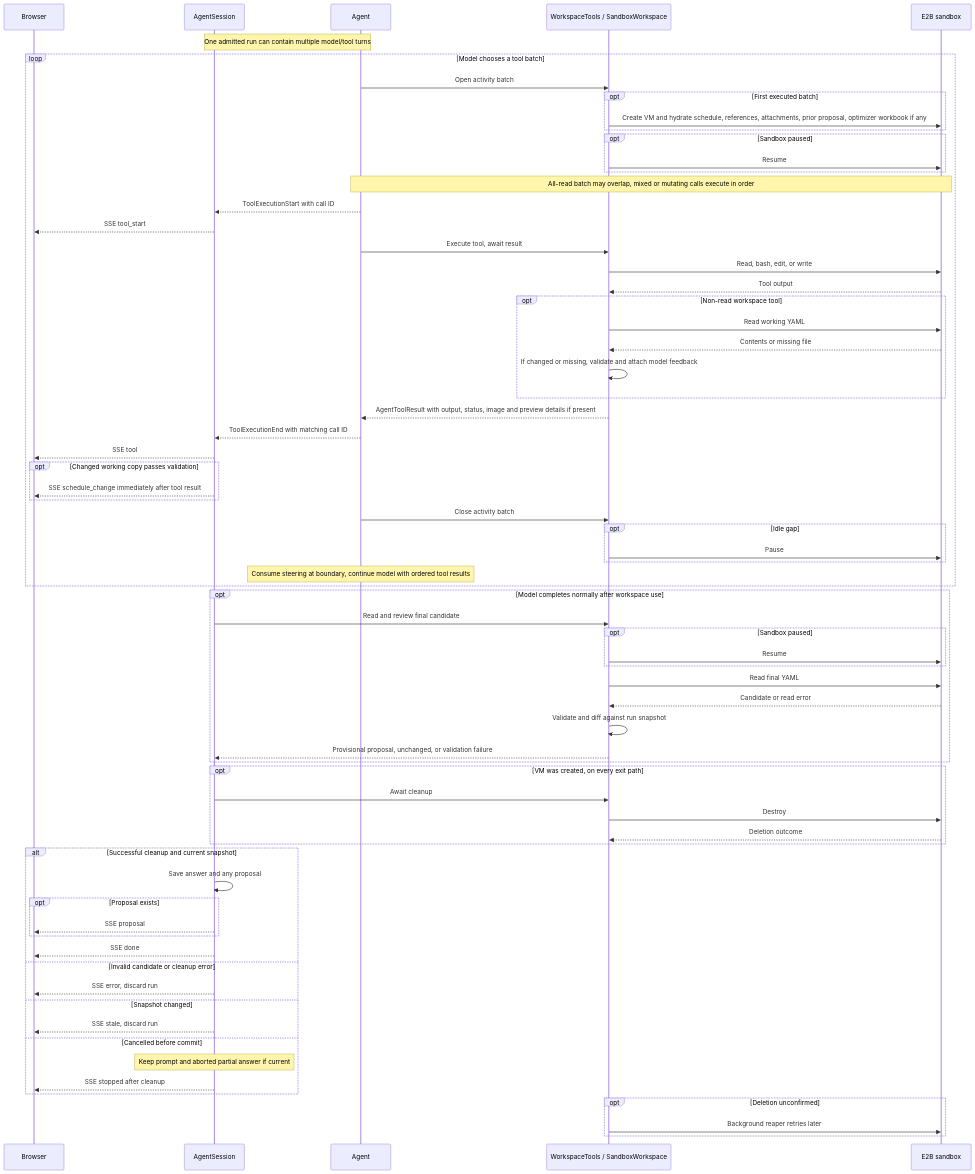
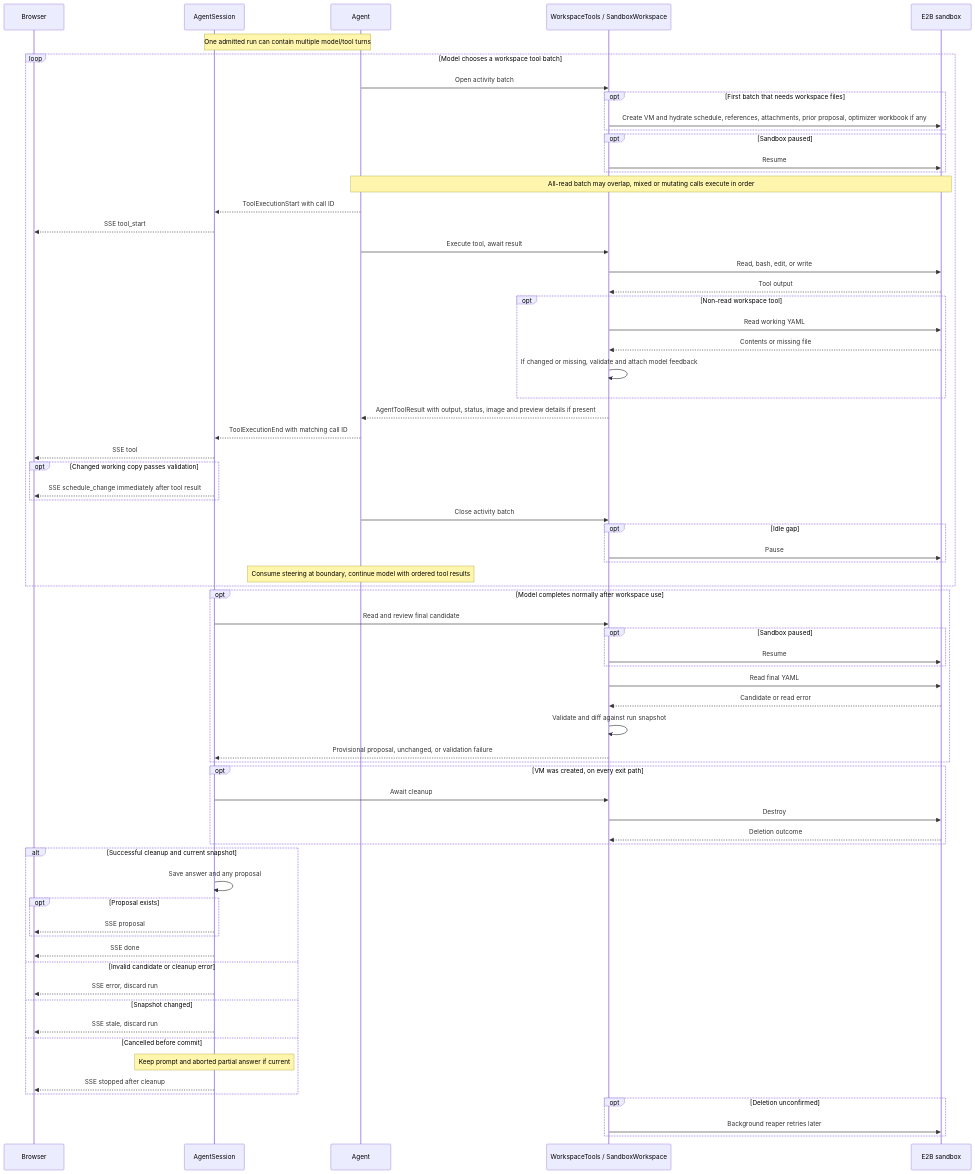
One commit to j3soon/nurse-scheduling changed the fifth of 7 diagrams in docs/content/developer-guide/ai-assistant.md. Above: the diagram before and after it, drawn with Mermaid. The commit also changed other lines of this file and 5 other files, not shown here.

````diff
--- a/docs/content/developer-guide/ai-assistant.md
+++ b/docs/content/developer-guide/ai-assistant.md
@@ -317,73 +317,73 @@
 ```mermaid
 sequenceDiagram
     participant Browser
     participant Session as AgentSession
     participant Agent
     participant Workspace as WorkspaceTools / SandboxWorkspace
     participant E2B as E2B sandbox
 
     Note over Session,Agent: One admitted run can contain multiple model/tool turns
-    loop Model chooses a tool batch
+    loop Model chooses a workspace tool batch
         Agent->>Workspace: Open activity batch
-        opt First executed batch
+        opt First batch that needs workspace files
             Workspace->>E2B: Create VM and hydrate schedule, references, attachments, prior proposal, optimizer workbook if any
         end
         opt Sandbox paused
             Workspace->>E2B: Resume
         end
         Note over Agent,E2B: All-read batch may overlap, mixed or mutating calls execute in order
         Agent-->>Session: ToolExecutionStart with call ID
         Session-->>Browser: SSE tool_start
         Agent->>Workspace: Execute tool, await result
         Workspace->>E2B: Read, bash, edit, or write
         E2B-->>Workspace: Tool output
         opt Non-read workspace tool
             Workspace->>E2B: Read working YAML
             E2B-->>Workspace: Contents or missing file
             Workspace->>Workspace: If changed or missing, validate and attach model feedback
         end
         Workspace-->>Agent: AgentToolResult with output, status, image and preview details if present
         Agent-->>Session: ToolExecutionEnd with matching call ID
         Session-->>Browser: SSE tool
         opt Changed working copy passes validation
             Session-->>Browser: SSE schedule_change immediately after tool result
         end
         Agent->>Workspace: Close activity batch
         opt Idle gap
             Workspace->>E2B: Pause
         end
         Note over Agent: Consume steering at boundary, continue model with ordered tool results
     end
     opt Model completes normally after workspace use
         Session->>Workspace: Read and review final candidate
         opt Sandbox paused
             Workspace->>E2B: Resume
         end
         Workspace->>E2B: Read final YAML
         E2B-->>Workspace: Candidate or read error
         Workspace->>Workspace: Validate and diff against run snapshot
         Workspace-->>Session: Provisional proposal, unchanged, or validation failure
     end
     opt VM was created, on every exit path
         Session->>Workspace: Await cleanup
         Workspace->>E2B: Destroy
         E2B-->>Workspace: Deletion outcome
     end
     alt Successful cleanup and current snapshot
         Session->>Session: Save answer and any proposal
         opt Proposal exists
             Session-->>Browser: SSE proposal
         end
         Session-->>Browser: SSE done
     else Invalid candidate or cleanup error
         Session-->>Browser: SSE error, discard run
     else Snapshot changed
         Session-->>Browser: SSE stale, discard run
     else Cancelled before commit
         Note over Session: Keep prompt and aborted partial answer if current
         Session-->>Browser: SSE stopped after cleanup
     end
     opt Deletion unconfirmed
         Workspace->>E2B: Background reaper retries later
     end
 ```
````
